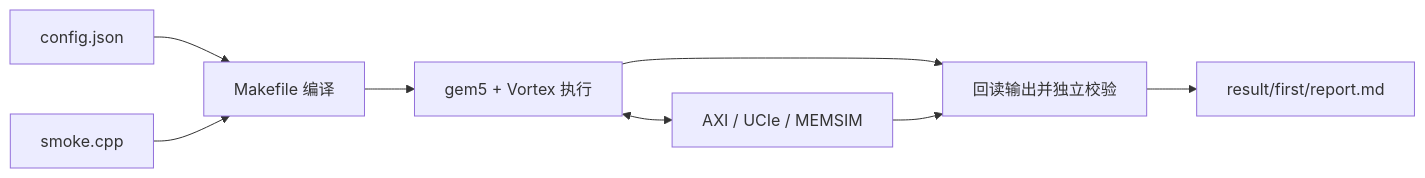
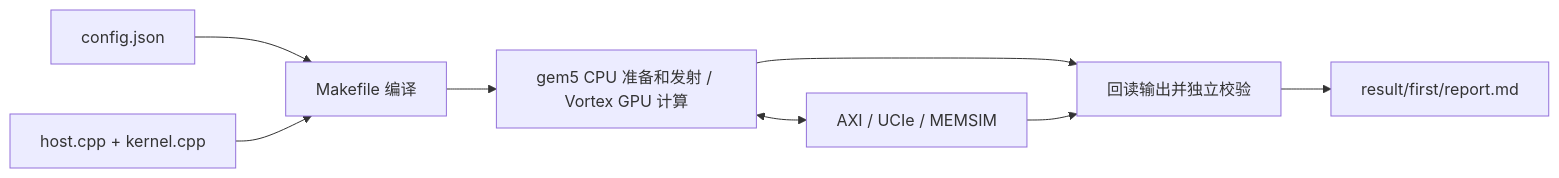
One commit to hy2581/vortex_StorageStacked changed the diagram in docs/02-用户从0开始添加SMOKE简要指南.md. Above: the diagram before and after it, drawn with Mermaid. The commit also changed other lines of this file and 84 other files, not shown here.

First line of the commit message:
Expose CPU and GPU programs and verify gem5 multicore execution

````diff
--- a/docs/02-用户从0开始添加SMOKE简要指南.md
+++ b/docs/02-用户从0开始添加SMOKE简要指南.md
@@ -83,10 +92,10 @@
 ```mermaid
 flowchart LR
     A[config.json] --> B[Makefile 编译]
-    C[smoke.cpp] --> B
-    B --> D[gem5 + Vortex 执行]
+    C[host.cpp + kernel.cpp] --> B
+    B --> D[gem5 CPU 准备和发射 / Vortex GPU 计算]
     D <--> E[AXI / UCIe / MEMSIM]
     D --> F[回读输出并独立校验]
     E --> F
     F --> G[result/first/report.md]
 ```
````
